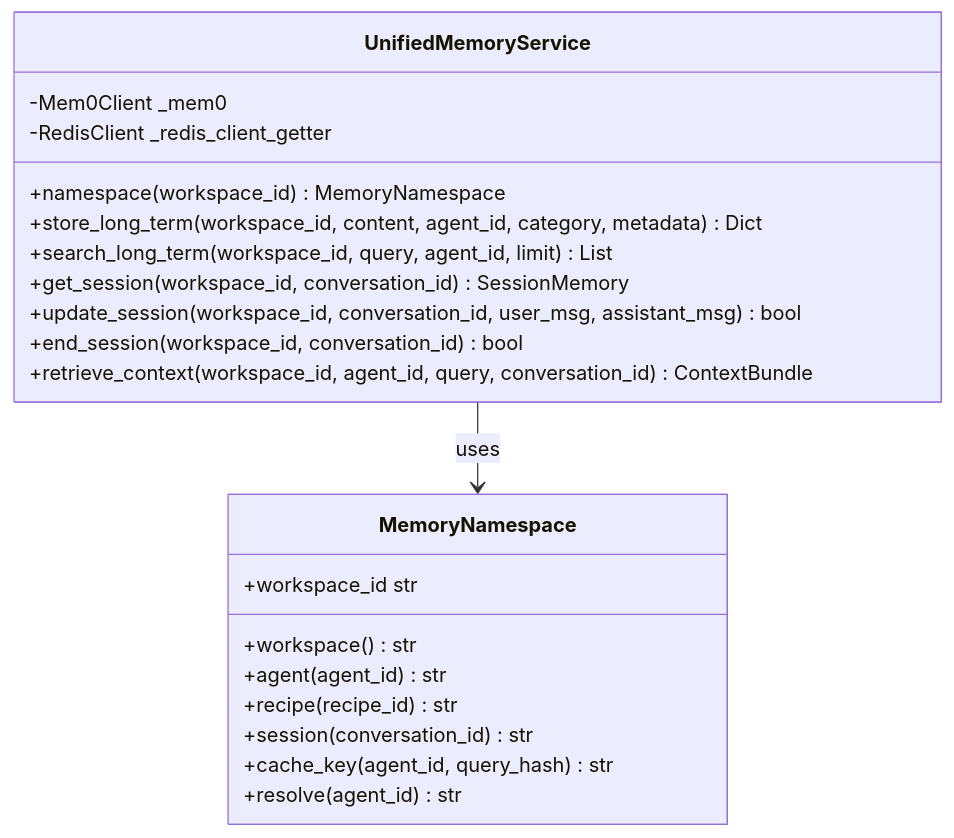
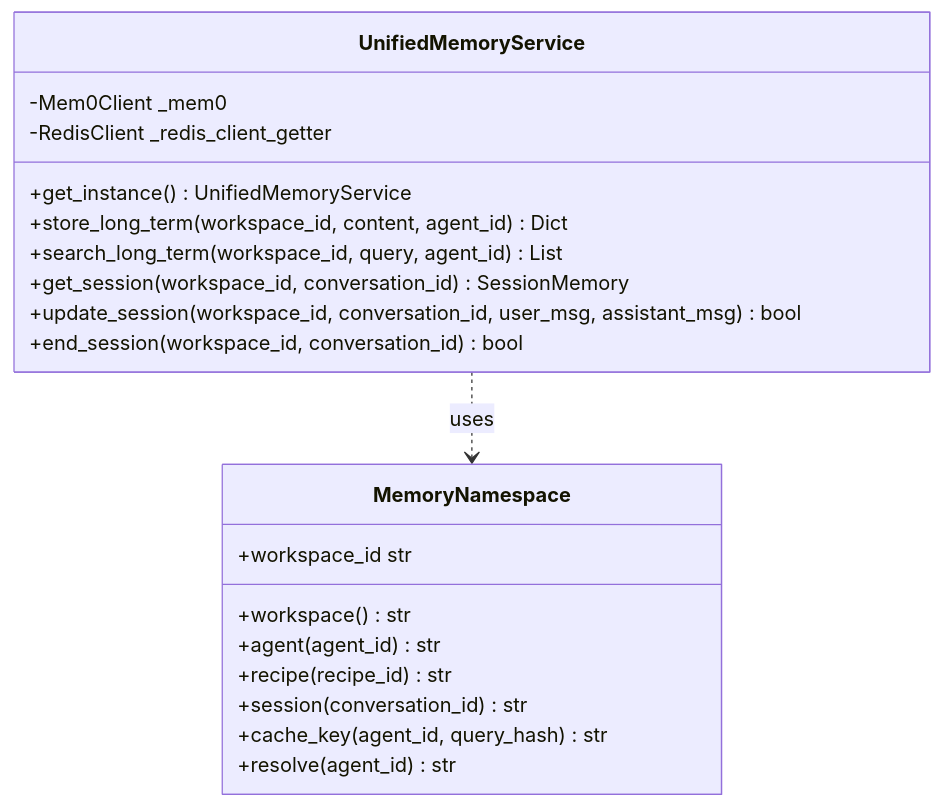
One commit to AutomatosAI/automatos-ai changed the fifth of 5 diagrams in docs/memory-system/_index.md. Above: the diagram before and after it, drawn with Mermaid. The commit also changed other lines of this file and 153 other files, not shown here.

````diff
--- a/docs/memory-system/_index.md
+++ b/docs/memory-system/_index.md
@@ -289,26 +259,25 @@
 ```mermaid
 classDiagram
     class UnifiedMemoryService {
         -Mem0Client _mem0
         -RedisClient _redis_client_getter
-        +namespace(workspace_id) MemoryNamespace
-        +store_long_term(workspace_id, content, agent_id, category, metadata) Dict
-        +search_long_term(workspace_id, query, agent_id, limit) List
+        +get_instance() UnifiedMemoryService
+        +store_long_term(workspace_id, content, agent_id) Dict
+        +search_long_term(workspace_id, query, agent_id) List
         +get_session(workspace_id, conversation_id) SessionMemory
         +update_session(workspace_id, conversation_id, user_msg, assistant_msg) bool
         +end_session(workspace_id, conversation_id) bool
-        +retrieve_context(workspace_id, agent_id, query, conversation_id) ContextBundle
     }
     
     class MemoryNamespace {
         +workspace_id str
         +workspace() str
         +agent(agent_id) str
         +recipe(recipe_id) str
         +session(conversation_id) str
         +cache_key(agent_id, query_hash) str
         +resolve(agent_id) str
     }
     
-    UnifiedMemoryService --> MemoryNamespace : uses
+    UnifiedMemoryService ..> MemoryNamespace : uses
 ```
````
